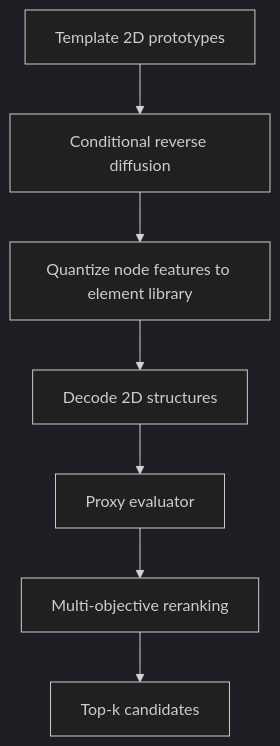
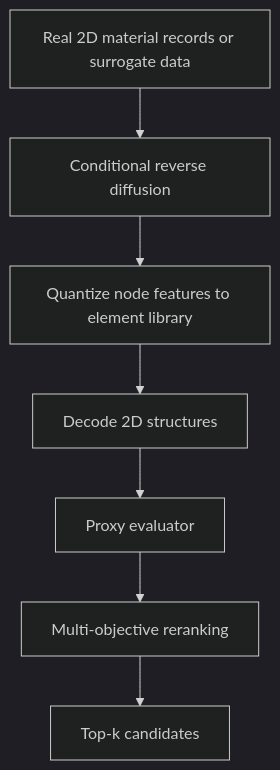
One commit to kennyslis/material_generation changed the second of 2 diagrams in README.md. Above: the diagram before and after it, drawn with Mermaid (dark theme). The commit also changed other lines of this file and 31 other files, not shown here.

````diff
--- a/README.md
+++ b/README.md
@@ -159,9 +199,9 @@
 ```mermaid
 flowchart TD
-    A[Template 2D prototypes] --> B[Conditional reverse diffusion]
+    A[Real 2D material records or surrogate data] --> B[Conditional reverse diffusion]
     B --> C[Quantize node features to element library]
     C --> D[Decode 2D structures]
     D --> E[Proxy evaluator]
     E --> F[Multi-objective reranking]
     F --> G[Top-k candidates]
 ```
````
